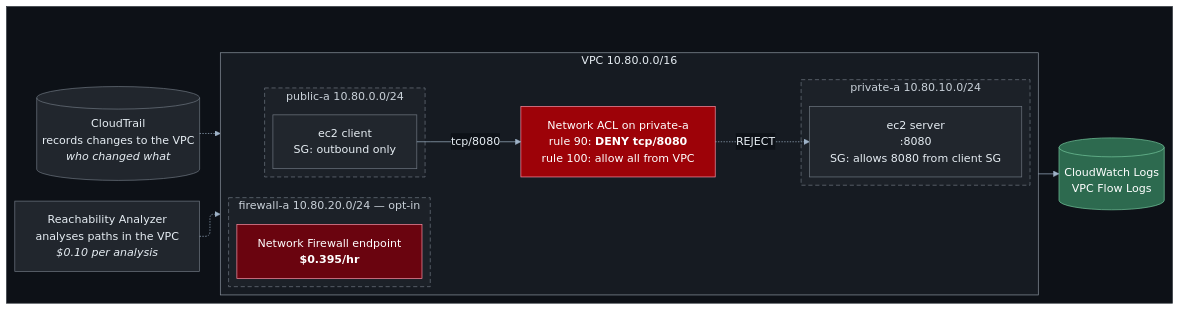
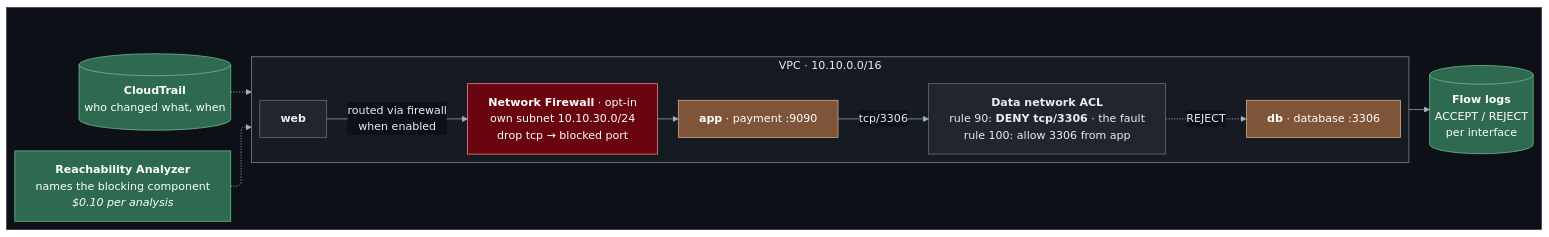
One commit to HuyNguyen260398/aws-network-architecture changed the diagram in labs/08-security-and-observability/README.md. Above: the diagram before and after it, drawn with Mermaid. The commit also changed other lines of this file and 404 other files, not shown here.

````diff
--- a/labs/08-security-and-observability/README.md
+++ b/labs/08-security-and-observability/README.md
@@ -35,59 +41,56 @@
 ```mermaid
 ---
 config:
   layout: elk
   theme: base
   themeVariables:
     lineColor: "#9fb3c8"
     textColor: "#e6edf3"
     primaryColor: "#21262d"
     primaryTextColor: "#e6edf3"
     primaryBorderColor: "#6e7681"
     edgeLabelBackground: "#0d1117"
     clusterBkg: "#161b22"
     clusterBorder: "#6e7681"
     titleColor: "#e6edf3"
   flowchart:
     curve: rounded
     wrappingWidth: 420
 ---
 flowchart LR
     subgraph CANVAS[" "]
-        subgraph VPC["VPC 10.80.0.0/16"]
-            subgraph PUB["public-a 10.80.0.0/24"]
-                CLIENT["ec2 client<br/>SG: outbound only"]
-            end
-            subgraph PRIV["private-a 10.80.10.0/24"]
-                SERVER["ec2 server<br/>:8080<br/>SG: allows 8080 from client SG"]
-            end
-            subgraph FW["firewall-a 10.80.20.0/24 — opt-in"]
-                NFW["Network Firewall endpoint<br/><b>$0.395/hr</b>"]
-            end
-            NACL["Network ACL on private-a<br/>rule 90: <b>DENY tcp/8080</b><br/>rule 100: allow all from VPC"]
+        subgraph VPC["VPC · 10.10.0.0/16"]
+            WEB["<b>web</b>"]
+            FWALL["<b>Network Firewall</b> · opt-in<br/>own subnet 10.10.30.0/24<br/>drop tcp → blocked port"]
+            APP["<b>app</b> · payment :9090"]
+            NACL["<b>Data network ACL</b><br/>rule 90: <b>DENY tcp/3306</b> · the fault<br/>rule 100: allow 3306 from app"]
+            DB["<b>db</b> · database :3306"]
         end
 
-        FL[("CloudWatch Logs<br/>VPC Flow Logs")]
-        RA["Reachability Analyzer<br/>analyses paths in the VPC<br/><i>$0.10 per analysis</i>"]
-        CT[("CloudTrail<br/>records changes to the VPC<br/><i>who changed what</i>")]
+        FL[("<b>Flow logs</b><br/>ACCEPT / REJECT<br/>per interface")]
+        RA["<b>Reachability Analyzer</b><br/>names the blocking component<br/><i>$0.10 per analysis</i>"]
+        CT[("<b>CloudTrail</b><br/>who changed what, when")]
     end
 
-    CLIENT -->|"tcp/8080"| NACL
-    NACL -.->|"REJECT"| SERVER
+    WEB -->|"routed via firewall<br/>when enabled"| FWALL --> APP
+    APP -->|"tcp/3306"| NACL
+    NACL -.->|"REJECT"| DB
     VPC --> FL
     RA -.-> VPC
     CT -.-> VPC
 
     classDef canvas fill:#0d1117,stroke:#30363d,color:#e6edf3
     classDef vpc fill:#161b22,stroke:#8b949e,color:#e6edf3
     classDef az fill:#1c2128,stroke:#6e7681,color:#c9d1d9,stroke-dasharray:6 4
     classDef free fill:#2d6a4f,stroke:#74c69d,color:#fff
+    classDef private fill:#7f5539,stroke:#ddb892,color:#fff
+    classDef gateway fill:#1d3557,stroke:#a8dadc,color:#fff
     classDef billed fill:#9d0208,stroke:#ff8fa3,color:#fff
     classDef costly fill:#6a040f,stroke:#ff8fa3,color:#fff
 
     class CANVAS canvas
     class VPC vpc
-    class PUB,PRIV,FW az
-    class FL free
-    class NACL billed
-    class NFW costly
+    class FWALL costly
+    class FL,RA,CT free
+    class APP,DB private
 ```
````
